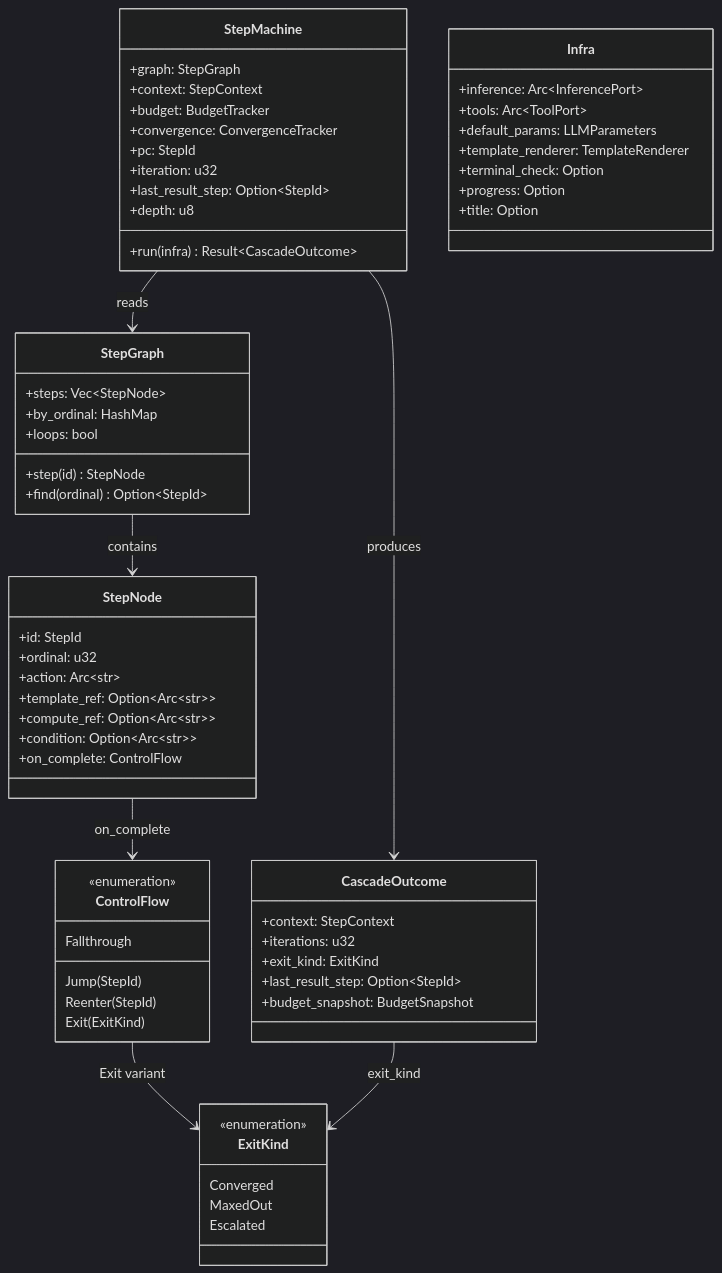
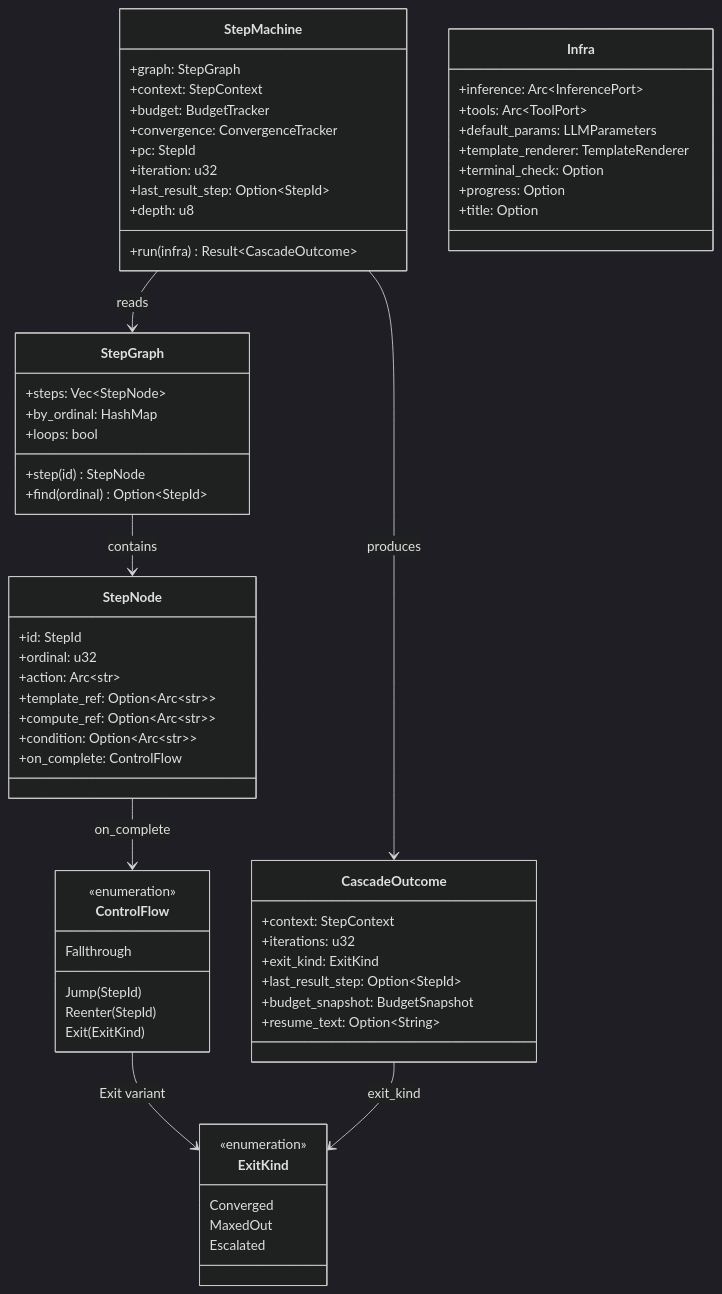
Before and after one commit to mdz-axo/zed-kask: the second of 3 diagrams in kask/docs/diataxis/hkask-templates/reference.md, drawn with Mermaid (dark theme). The commit also changed other lines of this file and 15 other files, not shown here.

First line of the commit message:
Add architecture diagrams and prune stale plan docs

````diff
--- a/kask/docs/diataxis/hkask-templates/reference.md
+++ b/kask/docs/diataxis/hkask-templates/reference.md
@@ -296,66 +296,67 @@
 ```mermaid
 classDiagram
     class StepMachine {
         +graph: StepGraph
         +context: StepContext
         +budget: BudgetTracker
         +convergence: ConvergenceTracker
         +pc: StepId
         +iteration: u32
         +last_result_step: Option~StepId~
         +depth: u8
         +run(infra) Result~CascadeOutcome~
     }
     class StepGraph {
         +steps: Vec~StepNode~
         +by_ordinal: HashMap
         +loops: bool
         +step(id) StepNode
         +find(ordinal) Option~StepId~
     }
     class StepNode {
         +id: StepId
         +ordinal: u32
         +action: Arc~str~
         +template_ref: Option~Arc~str~~
         +compute_ref: Option~Arc~str~~
         +condition: Option~Arc~str~~
         +on_complete: ControlFlow
     }
     class ControlFlow {
         <<enumeration>>
         Fallthrough
         Jump(StepId)
         Reenter(StepId)
         Exit(ExitKind)
     }
     class ExitKind {
         <<enumeration>>
         Converged
         MaxedOut
         Escalated
     }
     class CascadeOutcome {
         +context: StepContext
         +iterations: u32
         +exit_kind: ExitKind
         +last_result_step: Option~StepId~
         +budget_snapshot: BudgetSnapshot
+        +resume_text: Option~String~
     }
     class Infra {
         +inference: Arc~InferencePort~
         +tools: Arc~ToolPort~
         +default_params: LLMParameters
         +template_renderer: TemplateRenderer
         +terminal_check: Option
         +progress: Option
         +title: Option
     }
 
     StepMachine --> StepGraph : reads
     StepMachine --> CascadeOutcome : produces
     StepGraph --> StepNode : contains
     StepNode --> ControlFlow : on_complete
     ControlFlow --> ExitKind : Exit variant
     CascadeOutcome --> ExitKind : exit_kind
 ```
````
